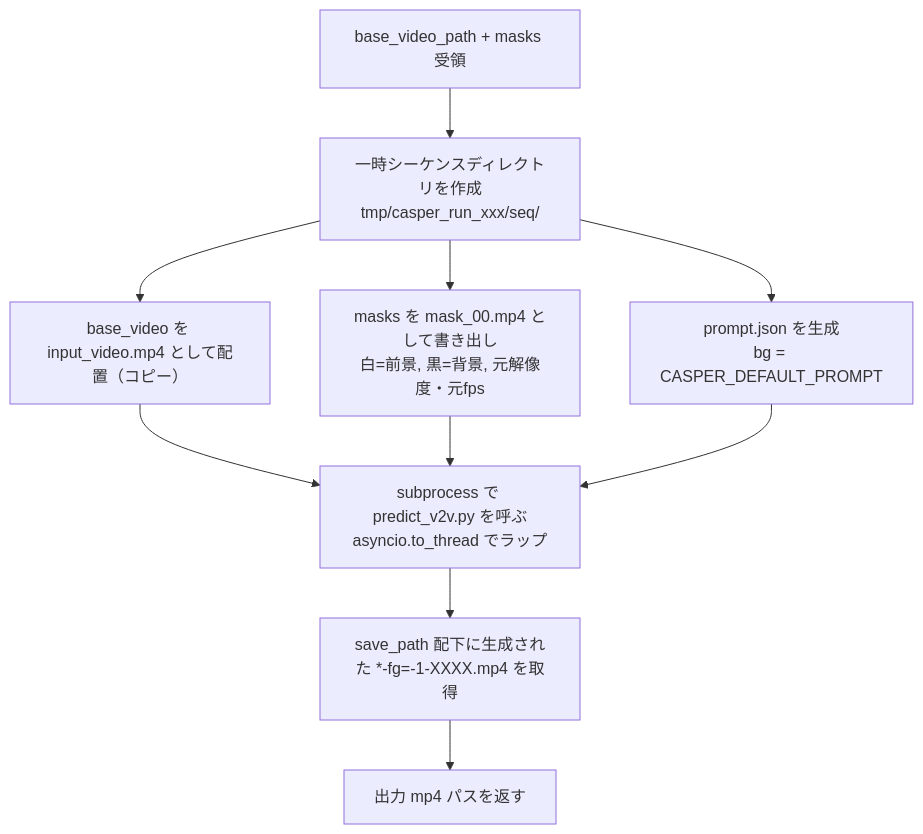
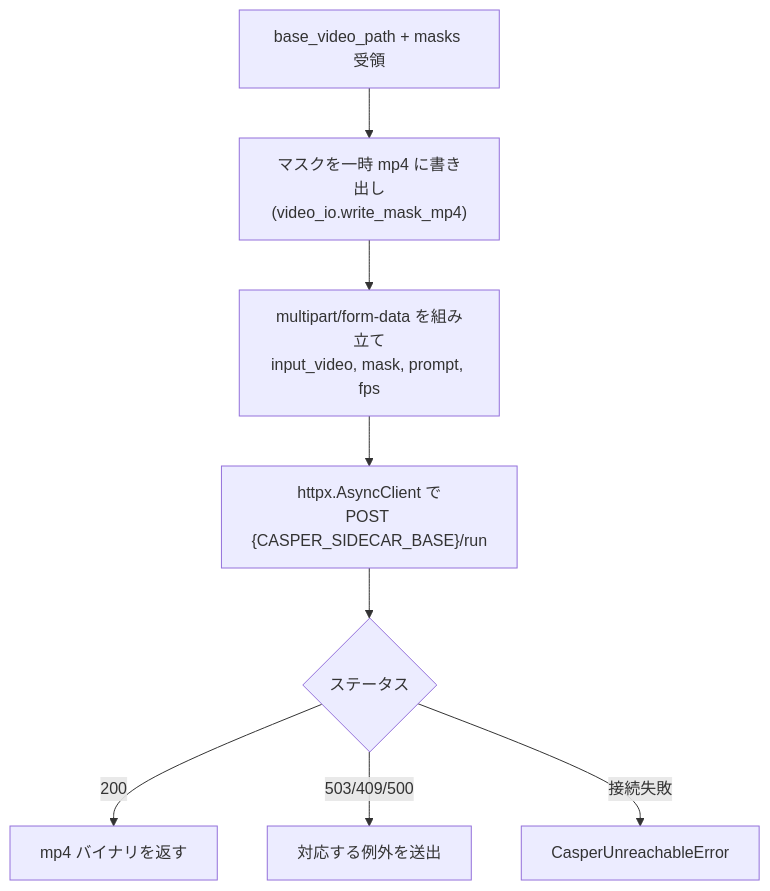
Before and after one commit to kanosawa/omnimatte-editor: the second of 2 diagrams in docs/spec/03-backend.md, drawn with Mermaid. The commit also changed other lines of this file and 20 other files, not shown here.

````diff
--- a/docs/spec/03-backend.md
+++ b/docs/spec/03-backend.md
@@ -216,12 +242,10 @@
 ```mermaid
 flowchart TB
-    A[base_video_path + masks 受領] --> B["一時シーケンスディレクトリを作成<br/>tmp/casper_run_xxx/seq/"]
-    B --> C["base_video を input_video.mp4 として配置（コピー）"]
-    B --> D["masks を mask_00.mp4 として書き出し<br/>白=前景, 黒=背景, 元解像度・元fps"]
-    B --> E["prompt.json を生成<br/>bg = CASPER_DEFAULT_PROMPT"]
-    C --> F["subprocess で predict_v2v.py を呼ぶ<br/>asyncio.to_thread でラップ"]
-    D --> F
-    E --> F
-    F --> G["save_path 配下に生成された *-fg=-1-XXXX.mp4 を取得"]
-    G --> I[出力 mp4 パスを返す]
+    A[base_video_path + masks 受領] --> B["マスクを一時 mp4 に書き出し<br/>(video_io.write_mask_mp4)"]
+    B --> C["multipart/form-data を組み立て<br/>input_video, mask, prompt, fps"]
+    C --> D["httpx.AsyncClient で<br/>POST {CASPER_SIDECAR_BASE}/run"]
+    D --> E{ステータス}
+    E -- "200" --> F[mp4 バイナリを返す]
+    E -- "503/409/500" --> G[対応する例外を送出]
+    E -- "接続失敗" --> H[CasperUnreachableError]
 ```
````
